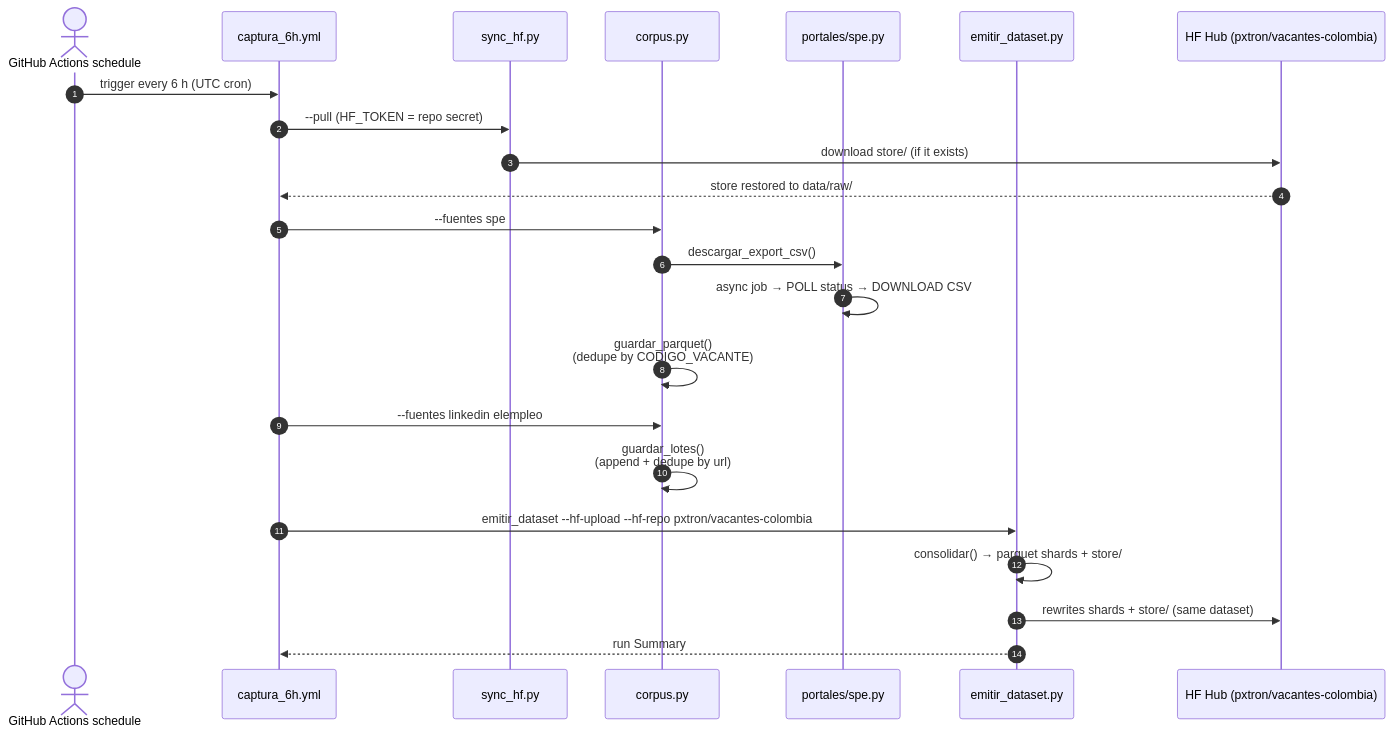
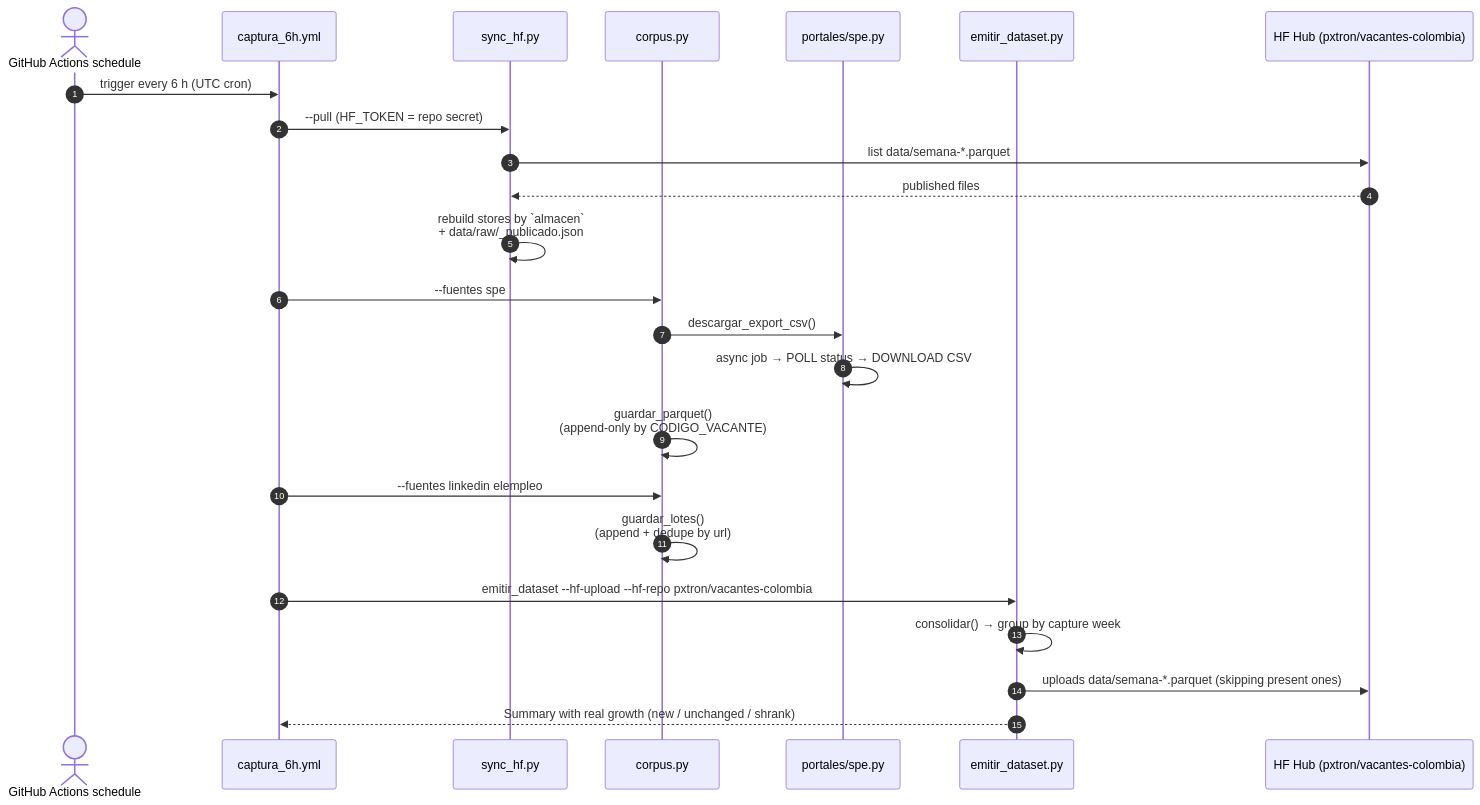
Before and after one commit to shalom-A26/SEXTANTE: the third of 3 diagrams in README.en.md, drawn with Mermaid. The commit also changed other lines of this file and 9 other files, not shown here.

````diff
--- a/README.en.md
+++ b/README.en.md
@@ -108,26 +114,27 @@
 ```mermaid
 sequenceDiagram
     autonumber
     actor Sched as GitHub Actions schedule
     participant wf as captura_6h.yml
     participant sy as sync_hf.py
     participant cp as corpus.py
     participant sp as portales/spe.py
     participant em as emitir_dataset.py
     participant hub as HF Hub (pxtron/vacantes-colombia)
 
     Sched->>wf: trigger every 6 h (UTC cron)
     wf->>sy: --pull (HF_TOKEN = repo secret)
-    sy->>hub: download store/ (if it exists)
-    hub-->>wf: store restored to data/raw/
+    sy->>hub: list data/semana-*.parquet
+    hub-->>sy: published files
+    sy->>sy: rebuild stores by `almacen`<br/>+ data/raw/_publicado.json
     wf->>cp: --fuentes spe
     cp->>sp: descargar_export_csv()
     sp->>sp: async job → POLL status → DOWNLOAD CSV
-    cp->>cp: guardar_parquet()<br/>(dedupe by CODIGO_VACANTE)
+    cp->>cp: guardar_parquet()<br/>(append-only by CODIGO_VACANTE)
     wf->>cp: --fuentes linkedin elempleo
     cp->>cp: guardar_lotes()<br/>(append + dedupe by url)
     wf->>em: emitir_dataset --hf-upload --hf-repo pxtron/vacantes-colombia
-    em->>em: consolidar() → parquet shards + store/
-    em->>hub: rewrites shards + store/ (same dataset)
-    em-->>wf: run Summary
+    em->>em: consolidar() → group by capture week
+    em->>hub: uploads data/semana-*.parquet (skipping present ones)
+    em-->>wf: Summary with real growth (new / unchanged / shrank)
 ```
````
